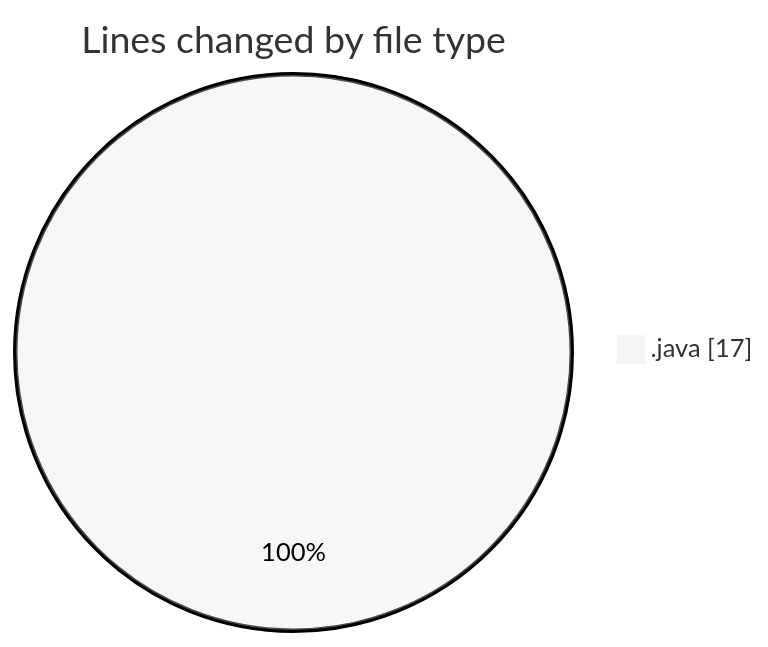
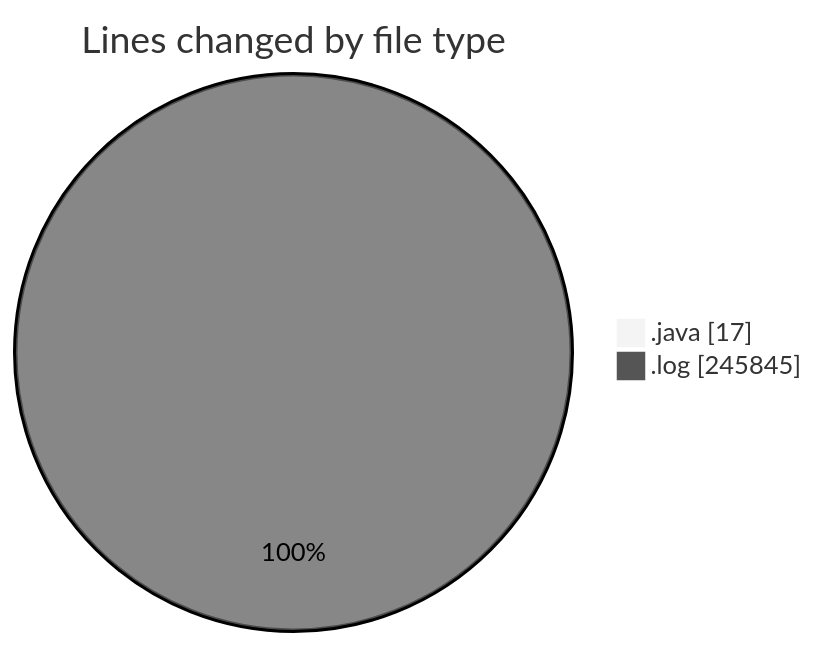
The first of 2 diagrams in 2026-11-20/cilapp/README.md (ricardozamudiocil/code-tracking), drawn with Mermaid (neutral theme) before and after one commit. The commit also changed other lines of this file and 1 other file, not shown here.

````diff
--- a/2026-11-20/cilapp/README.md
+++ b/2026-11-20/cilapp/README.md
@@ -20,5 +21,6 @@
 ```mermaid
 pie showData
 title Lines changed by file type
 ".java" : 17
+".log" : 245845
 ```
````
